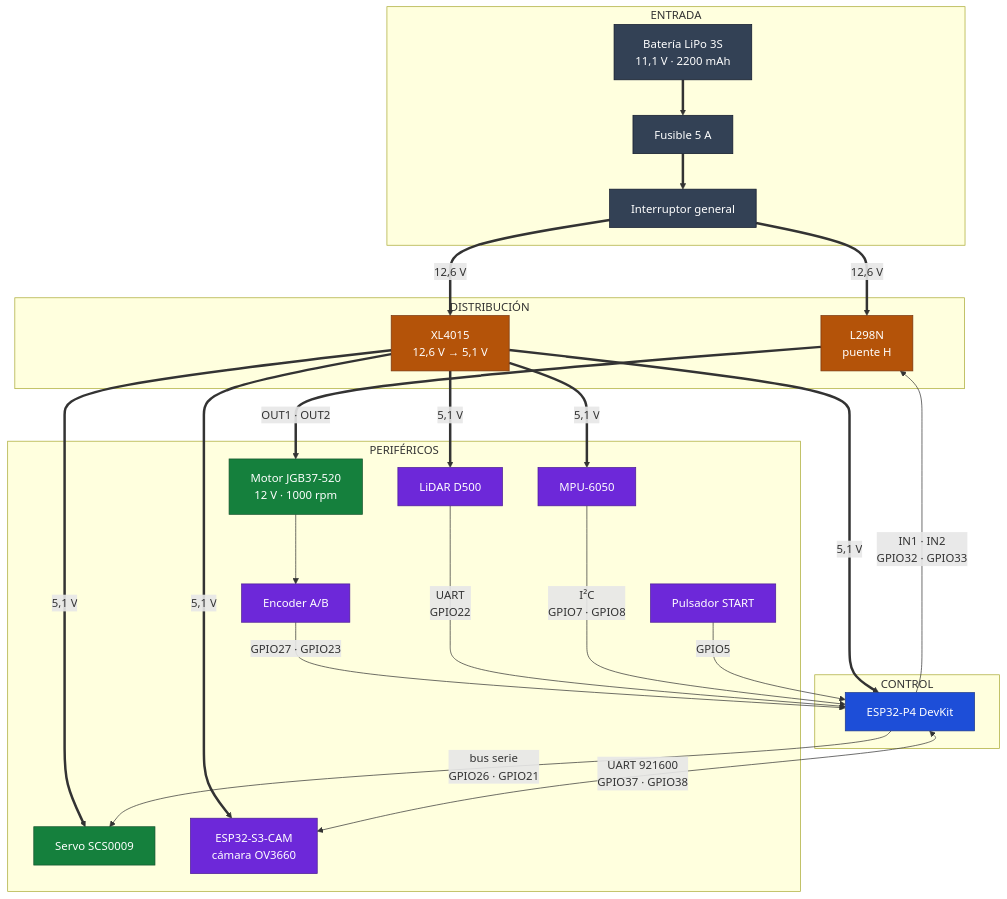
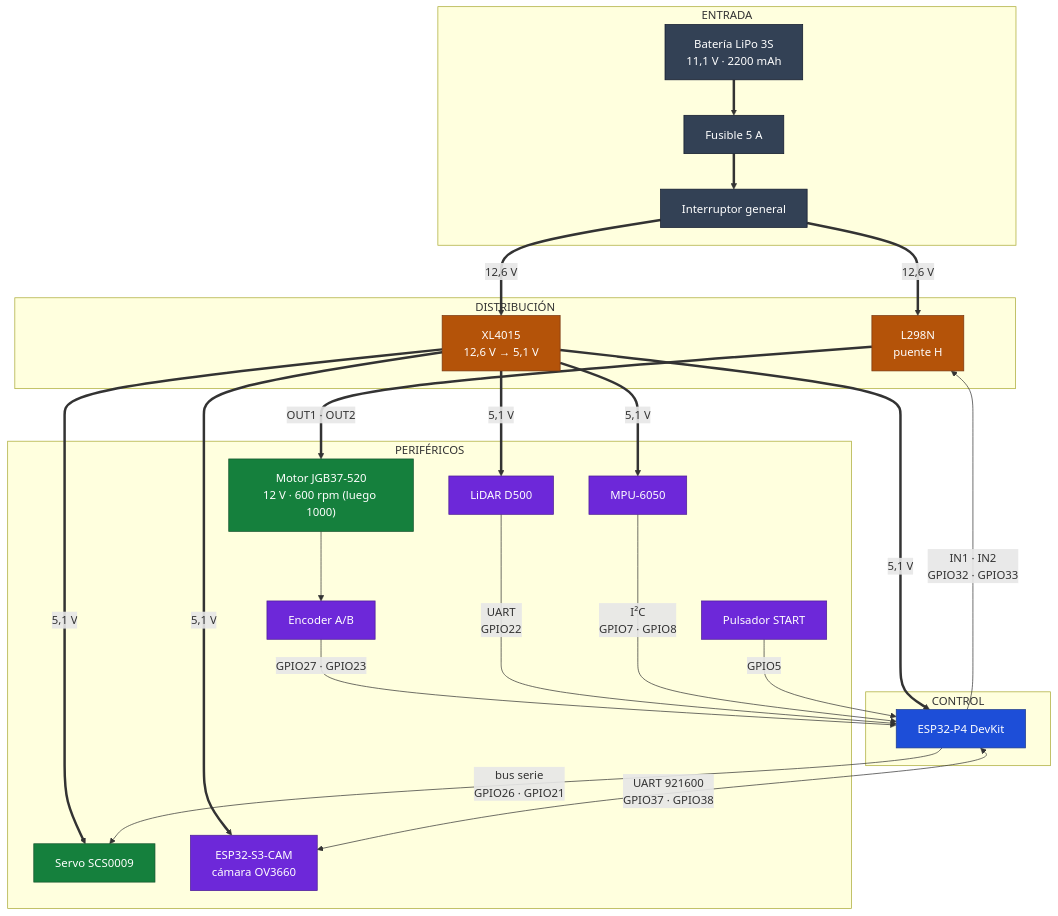
One commit to Eddym06/AutoNex changed the first of 5 diagrams in docs/ELECTRONICS.md. Above: the diagram before and after it, drawn with Mermaid. The commit also changed other lines of this file and 23 other files, not shown here.

Commit message:
Motor de 600 rpm en todo el repo (MIC, Kconfig, simulador, docs); velocidad de mapeo 34; tope de aproximacion al parqueo; build y pruebas corregidos (it_plan.c); documentos de estado actualizados

````diff
--- a/docs/ELECTRONICS.md
+++ b/docs/ELECTRONICS.md
@@ -79,57 +79,57 @@
 ```mermaid
 flowchart TB
     subgraph ENT["ENTRADA"]
         BAT["Batería LiPo 3S<br/>11,1 V · 2200 mAh"]
         FUS["Fusible 5 A"]
         SW["Interruptor general"]
     end
 
     subgraph DIST["DISTRIBUCIÓN"]
         L298["L298N<br/>puente H"]
         BUCK["XL4015<br/>12,6 V → 5,1 V"]
     end
 
     subgraph CTRL["CONTROL"]
         P4["ESP32-P4 DevKit"]
     end
 
     subgraph PER["PERIFÉRICOS"]
-        MOT["Motor JGB37-520<br/>12 V · 1000 rpm"]
+        MOT["Motor JGB37-520<br/>12 V · 600 rpm (luego 1000)"]
         ENC["Encoder A/B"]
         SRV["Servo SCS0009"]
         LID["LiDAR D500"]
         IMU["MPU-6050"]
         BTN["Pulsador START"]
         S3CAM["ESP32-S3-CAM<br/>cámara OV3660"]
     end
 
     BAT ==> FUS ==> SW
     SW ==>|"12,6 V"| L298
     SW ==>|"12,6 V"| BUCK
     BUCK ==>|"5,1 V"| P4
     BUCK ==>|"5,1 V"| SRV
     BUCK ==>|"5,1 V"| LID
     BUCK ==>|"5,1 V"| IMU
     BUCK ==>|"5,1 V"| S3CAM
     L298 ==>|"OUT1 · OUT2"| MOT
     MOT --> ENC
     P4 -->|"IN1 · IN2<br/>GPIO32 · GPIO33"| L298
     ENC -->|"GPIO27 · GPIO23"| P4
     P4 -->|"bus serie<br/>GPIO26 · GPIO21"| SRV
     LID -->|"UART<br/>GPIO22"| P4
     IMU -->|"I²C<br/>GPIO7 · GPIO8"| P4
     BTN -->|"GPIO5"| P4
     P4 <-->|"UART 921600<br/>GPIO37 · GPIO38"| S3CAM
 
     classDef ent fill:#334155,stroke:#0f172a,color:#ffffff
     classDef dist fill:#b45309,stroke:#78350f,color:#ffffff
     classDef ctrl fill:#1d4ed8,stroke:#1e3a8a,color:#ffffff
     classDef act fill:#15803d,stroke:#14532d,color:#ffffff
     classDef sen fill:#6d28d9,stroke:#4c1d95,color:#ffffff
 
     class BAT,FUS,SW ent
     class L298,BUCK dist
     class P4 ctrl
     class MOT,SRV act
     class ENC,LID,IMU,BTN,S3CAM sen
 ```
````
